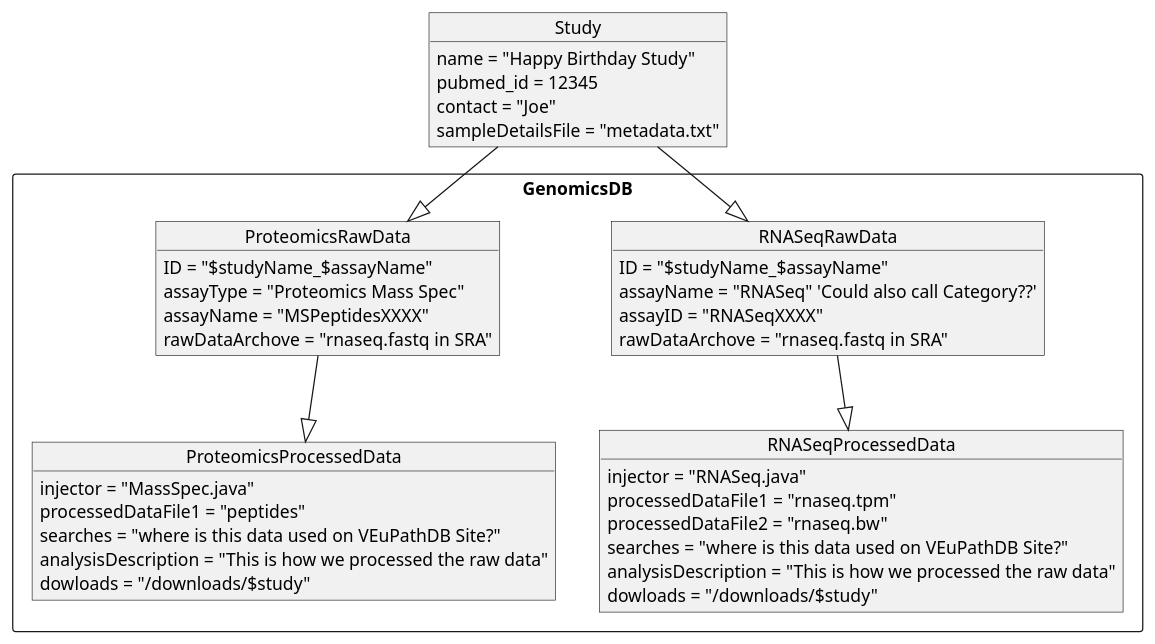
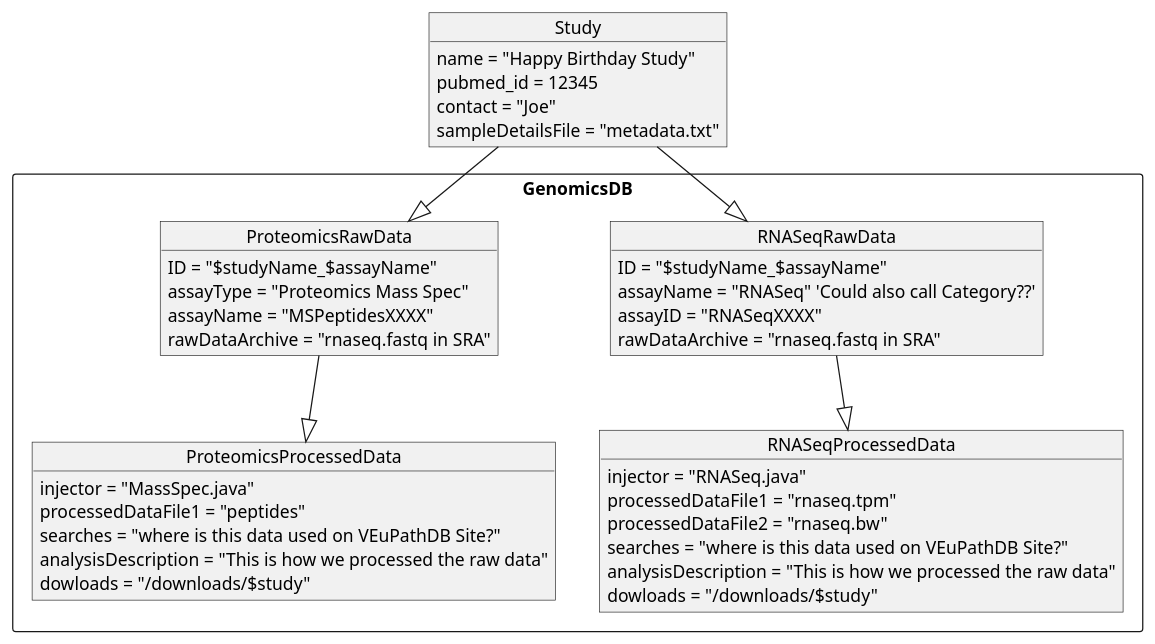
Before and after one commit to jbrestel/org-docs: the second of 9 diagrams in project_planning/projectPages.org, drawn with PlantUML. The commit also changed other lines of this file and 7 other files, not shown here.

```diff
--- a/project_planning/projectPages.org
+++ b/project_planning/projectPages.org
@@ -43,45 +43,45 @@
-#+begin_src plantuml :file images/multiple_assays_uml.png :exports both
+#+begin_src plantuml :file images/multiple_assays_uml.png :exports results
   object Study {
           name = "Happy Birthday Study"
           pubmed_id = 12345
           contact = "Joe"
           sampleDetailsFile = "metadata.txt"
 }
   rectangle GenomicsDB {
 
         object RNASeqRawData {
                 ID = "$studyName_$assayName"
                 assayName = "RNASeq" 'Could also call Category??'
                 assayID = "RNASeqXXXX"
-                rawDataArchove = "rnaseq.fastq in SRA"
+                rawDataArchive = "rnaseq.fastq in SRA"
         }
         object RNASeqProcessedData {
                 injector = "RNASeq.java"
                 processedDataFile1 = "rnaseq.tpm"
                 processedDataFile2 = "rnaseq.bw"
                 searches = "where is this data used on VEuPathDB Site?"
                 analysisDescription = "This is how we processed the raw data"
                 dowloads = "/downloads/$study"
         }
 
 
         object ProteomicsRawData {
                 ID = "$studyName_$assayName"
                 assayType = "Proteomics Mass Spec"
                 assayName = "MSPeptidesXXXX"
-                rawDataArchove = "rnaseq.fastq in SRA"
+                rawDataArchive = "rnaseq.fastq in SRA"
         }
 
         object ProteomicsProcessedData {
                 injector = "MassSpec.java"
                 processedDataFile1 = "peptides"
                 searches = "where is this data used on VEuPathDB Site?"
                 analysisDescription = "This is how we processed the raw data"
                 dowloads = "/downloads/$study"
         }
   }
   Study --|> RNASeqRawData
 RNASeqRawData --|> RNASeqProcessedData
   Study --|> ProteomicsRawData
 ProteomicsRawData --|> ProteomicsProcessedData
   #+end_src
```
